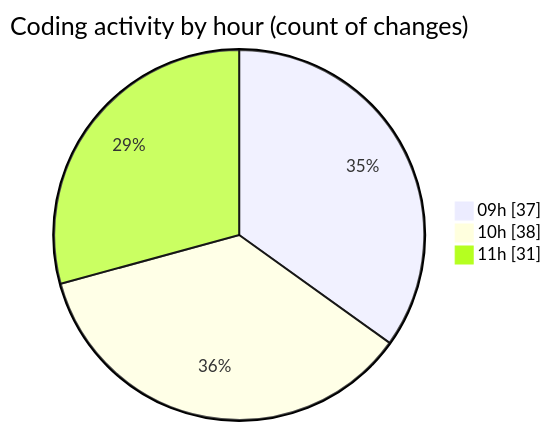
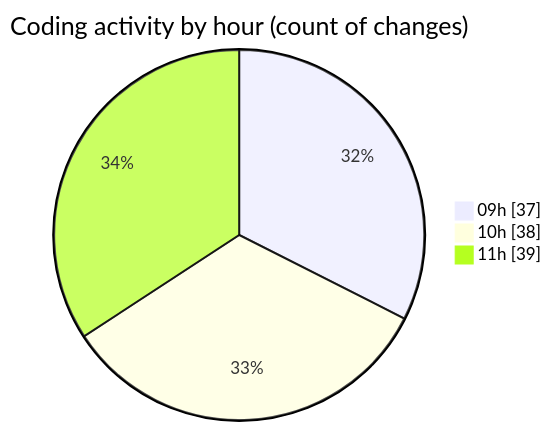
Before and after one commit to momahboobian/code-tracking: the second of 2 diagrams in 2025-02-12/cda/README.md, drawn with Mermaid. The commit also changed other lines of this file and 1 other file, not shown here.

````diff
--- a/2025-02-12/cda/README.md
+++ b/2025-02-12/cda/README.md
@@ -32,7 +32,7 @@
 ```mermaid
 pie showData
 title Coding activity by hour (count of changes)
 "09h" : 37
 "10h" : 38
-"11h" : 31
+"11h" : 39
 ```
````
